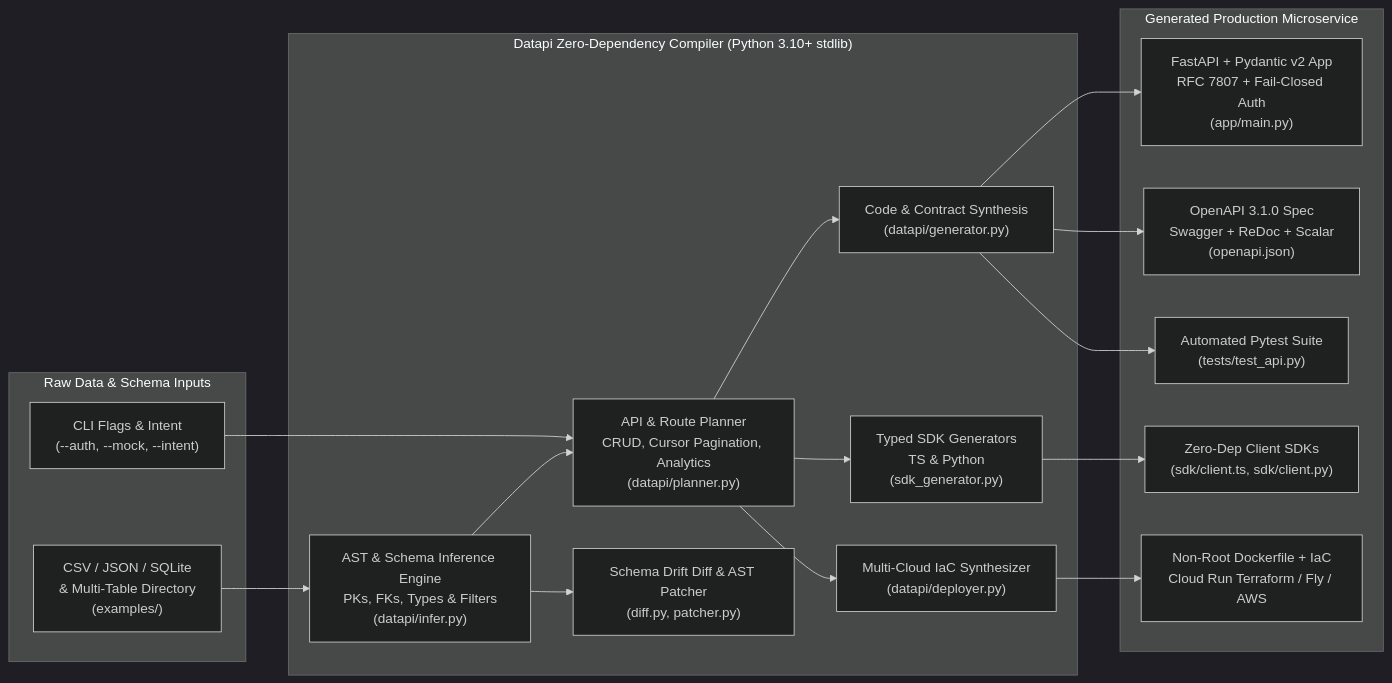
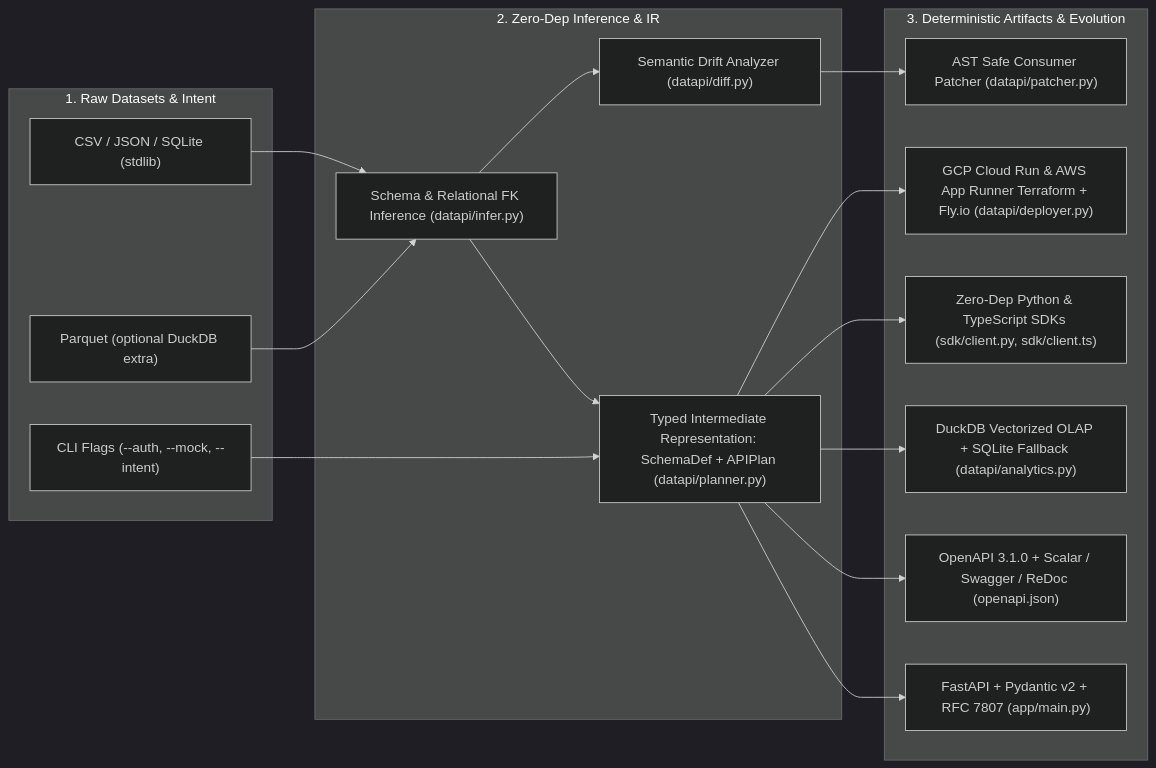
One commit to creova-gif/api-gen changed the diagram in README.md. Above: the diagram before and after it, drawn with Mermaid (dark theme). The commit also changed other lines of this file and 18 other files, not shown here.

First line of the commit message:
feat(security): harden AWS Terraform secrets, CORS/SQL guards, Parquet extra, and flagship docs (#14)

````diff
--- a/README.md
+++ b/README.md
@@ -43,37 +43,35 @@
 ```mermaid
 flowchart LR
-    subgraph Inputs["Raw Data & Schema Inputs"]
-        Data["CSV / JSON / SQLite\n& Multi-Table Directory\n(examples/)"]
-        Intent["CLI Flags & Intent\n(--auth, --mock, --intent)"]
+    subgraph Inputs["1. Raw Datasets & Intent"]
+        CSV["CSV / JSON / SQLite (stdlib)"]
+        Parquet["Parquet (optional DuckDB extra)"]
+        Flags["CLI Flags (--auth, --mock, --intent)"]
     end
 
-    subgraph Compiler["Datapi Zero-Dependency Compiler (Python 3.10+ stdlib)"]
-        Infer["AST & Schema Inference Engine\nPKs, FKs, Types & Filters\n(datapi/infer.py)"]
-        Planner["API & Route Planner\nCRUD, Cursor Pagination, Analytics\n(datapi/planner.py)"]
-        Gen["Code & Contract Synthesis\n(datapi/generator.py)"]
-        SDKGen["Typed SDK Generators\nTS & Python\n(sdk_generator.py)"]
-        DeployGen["Multi-Cloud IaC Synthesizer\n(datapi/deployer.py)"]
-        DiffPatch["Schema Drift Diff & AST Patcher\n(diff.py, patcher.py)"]
+    subgraph Frontend["2. Zero-Dep Inference & IR"]
+        Infer["Schema & Relational FK Inference (datapi/infer.py)"]
+        IR["Typed Intermediate Representation: SchemaDef + APIPlan (datapi/planner.py)"]
+        Diff["Semantic Drift Analyzer (datapi/diff.py)"]
     end
 
-    subgraph Outputs["Generated Production Microservice"]
-        FastAPI["FastAPI + Pydantic v2 App\nRFC 7807 + Fail-Closed Auth\n(app/main.py)"]
-        OpenAPI["OpenAPI 3.1.0 Spec\nSwagger + ReDoc + Scalar\n(openapi.json)"]
-        Tests["Automated Pytest Suite\n(tests/test_api.py)"]
-        SDKs["Zero-Dep Client SDKs\n(sdk/client.ts, sdk/client.py)"]
-        Infra["Non-Root Dockerfile + IaC\nCloud Run Terraform / Fly / AWS"]
+    subgraph Backend["3. Deterministic Artifacts & Evolution"]
+        FastAPI["FastAPI + Pydantic v2 + RFC 7807 (app/main.py)"]
+        OpenAPI["OpenAPI 3.1.0 + Scalar / Swagger / ReDoc (openapi.json)"]
+        Analytics["DuckDB Vectorized OLAP + SQLite Fallback (datapi/analytics.py)"]
+        SDKs["Zero-Dep Python & TypeScript SDKs (sdk/client.py, sdk/client.ts)"]
+        Patcher["AST Safe Consumer Patcher (datapi/patcher.py)"]
+        IaC["GCP Cloud Run & AWS App Runner Terraform + Fly.io (datapi/deployer.py)"]
     end
 
-    Data --> Infer
-    Intent --> Planner
-    Infer --> Planner
-    Infer --> DiffPatch
-    Planner --> Gen
-    Planner --> SDKGen
-    Planner --> DeployGen
-    Gen --> FastAPI
-    Gen --> OpenAPI
-    Gen --> Tests
-    SDKGen --> SDKs
-    DeployGen --> Infra
+    CSV --> Infer
+    Parquet --> Infer
+    Infer --> IR
+    Flags --> IR
+    Infer --> Diff
+    Diff --> Patcher
+    IR --> FastAPI
+    IR --> OpenAPI
+    IR --> Analytics
+    IR --> SDKs
+    IR --> IaC
 ```
````
